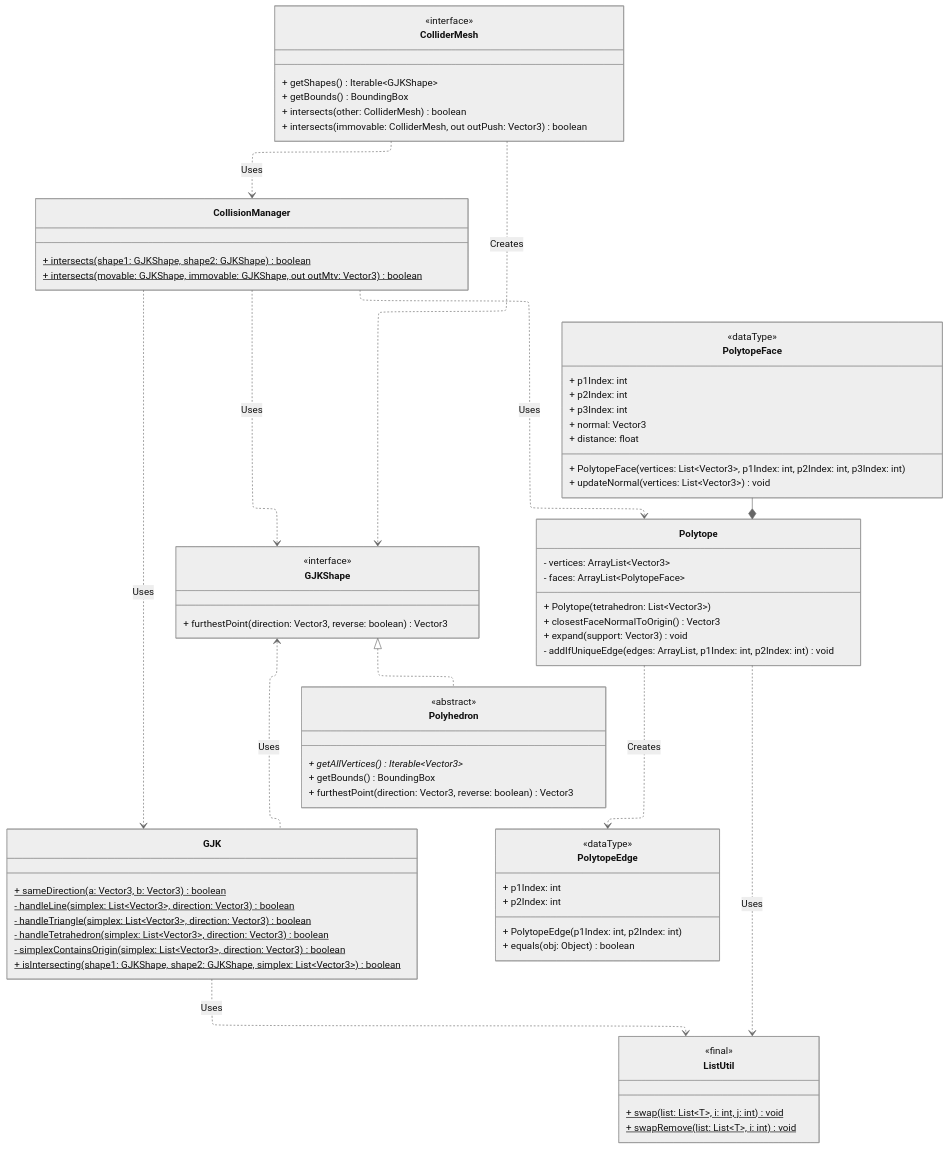
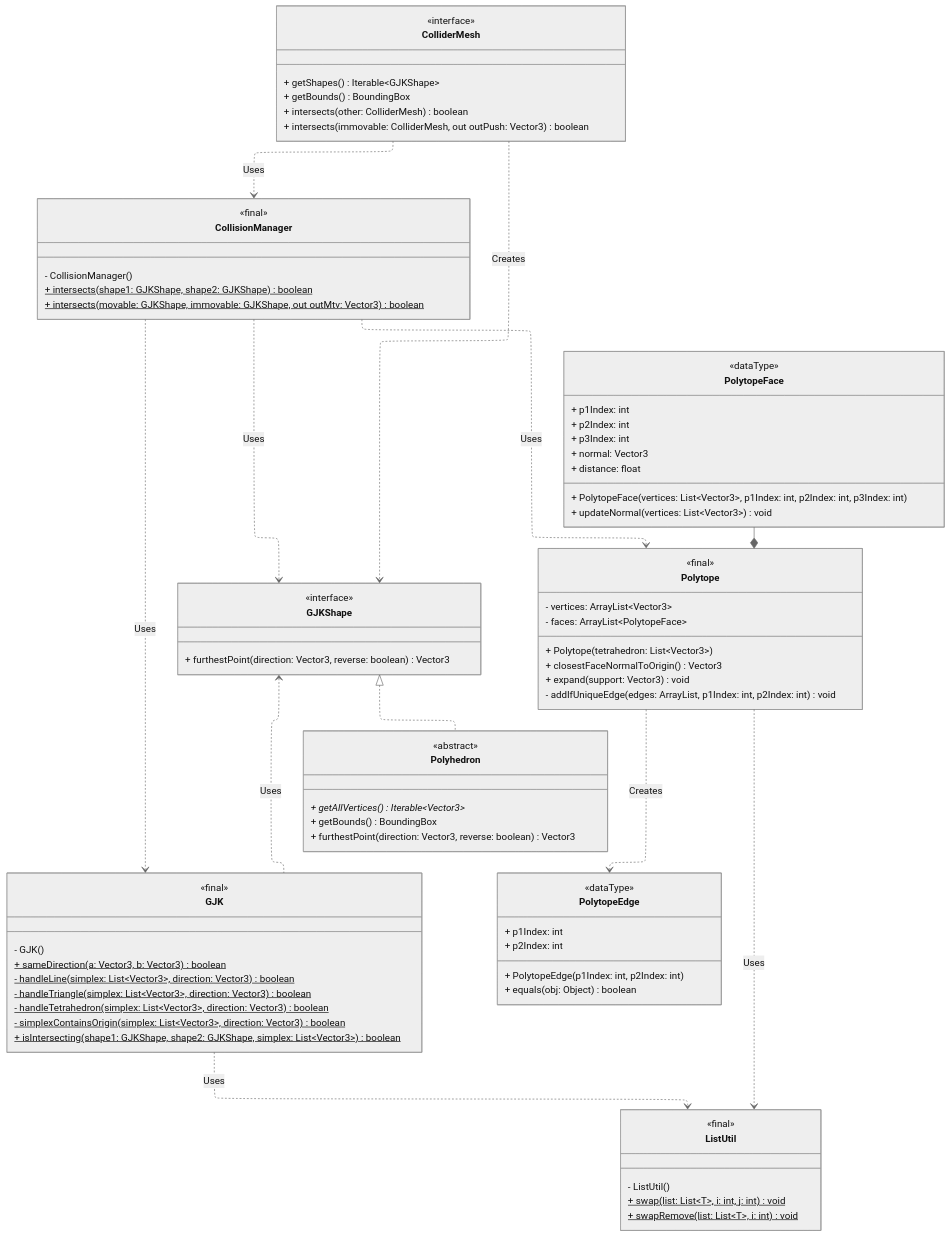
The diagram in class-diagram/engine/collision.mmd (TemariVirus/harbour-franca), drawn with Mermaid before and after one commit. The commit also changed 2 other files, not shown here.

Commit message:
Input class diagram

```diff
--- a/class-diagram/engine/collision.mmd
+++ b/class-diagram/engine/collision.mmd
@@ -1,99 +1,108 @@
 ---
 config:
     theme: neutral
     layout: elk
     defaultRenderer: elk
     elk:
         nodePlacementStrategy: NETWORK_SIMPLEX
 ---
 
 classDiagram
     GJKShape <|.. Polyhedron
     ColliderMesh ..> GJKShape: Creates
     ColliderMesh ..> CollisionManager: Uses
     CollisionManager ..> GJK: Uses
     CollisionManager ..> GJKShape: Uses
     CollisionManager ..> Polytope: Uses
     GJKShape <.. GJK: Uses
     GJK ..> ListUtil: Uses
     Polytope ..> ListUtil: Uses
     Polytope ..> PolytopeEdge: Creates
     PolytopeFace --* Polytope
 
 
     class ColliderMesh {
         <<interface>>
 
         + getShapes() Iterable~GJKShape~
         + getBounds() BoundingBox
         + intersects(other: ColliderMesh) boolean
         + intersects(immovable: ColliderMesh, out outPush: Vector3) boolean
     }
 
     class CollisionManager {
+        <<final>>
+
+        - CollisionManager()
         + intersects(shape1: GJKShape, shape2: GJKShape)$ boolean
         + intersects(movable: GJKShape, immovable: GJKShape, out outMtv: Vector3)$ boolean
     }
 
     class GJK {
+        <<final>>
+
+        - GJK()
         + sameDirection(a: Vector3, b: Vector3)$ boolean
         - handleLine(simplex: List~Vector3~, direction: Vector3)$ boolean
         - handleTriangle(simplex: List~Vector3~, direction: Vector3)$ boolean
         - handleTetrahedron(simplex: List~Vector3~, direction: Vector3)$ boolean
         - simplexContainsOrigin(simplex: List~Vector3~, direction: Vector3)$ boolean
         + isIntersecting(shape1: GJKShape, shape2: GJKShape, simplex: List~Vector3~)$ boolean
     }
 
     class Polytope {
+        <<final>>
+
         - vertices: ArrayList~Vector3~
         - faces: ArrayList~PolytopeFace~
 
         + Polytope(tetrahedron: List~Vector3~)
         + closestFaceNormalToOrigin() Vector3
         + expand(support: Vector3) void
         - addIfUniqueEdge(edges: ArrayList<PolytopeEdge>, p1Index: int, p2Index: int) void
     }
 
     class PolytopeEdge {
         <<dataType>>
 
         + p1Index: int
         + p2Index: int
 
         + PolytopeEdge(p1Index: int, p2Index: int)
         + equals(obj: Object) boolean
     }
 
     class PolytopeFace {
         <<dataType>>
 
         + p1Index: int
         + p2Index: int
         + p3Index: int
         + normal: Vector3
         + distance: float
 
         + PolytopeFace(vertices: List~Vector3~, p1Index: int, p2Index: int, p3Index: int)
         + updateNormal(vertices: List~Vector3~) void
     }
 
     class GJKShape {
         <<interface>>
 
         + furthestPoint(direction: Vector3, reverse: boolean) Vector3
     }
 
     class Polyhedron {
         <<abstract>>
 
         + getAllVertices()* Iterable~Vector3~
         + getBounds() BoundingBox
         + furthestPoint(direction: Vector3, reverse: boolean) Vector3
     }
 
     class ListUtil {
         <<final>>
 
+        - ListUtil()
         + swap(list: List~T~, i: int, j: int)$ void
         + swapRemove(list: List~T~, i: int)$ void
     }
```
